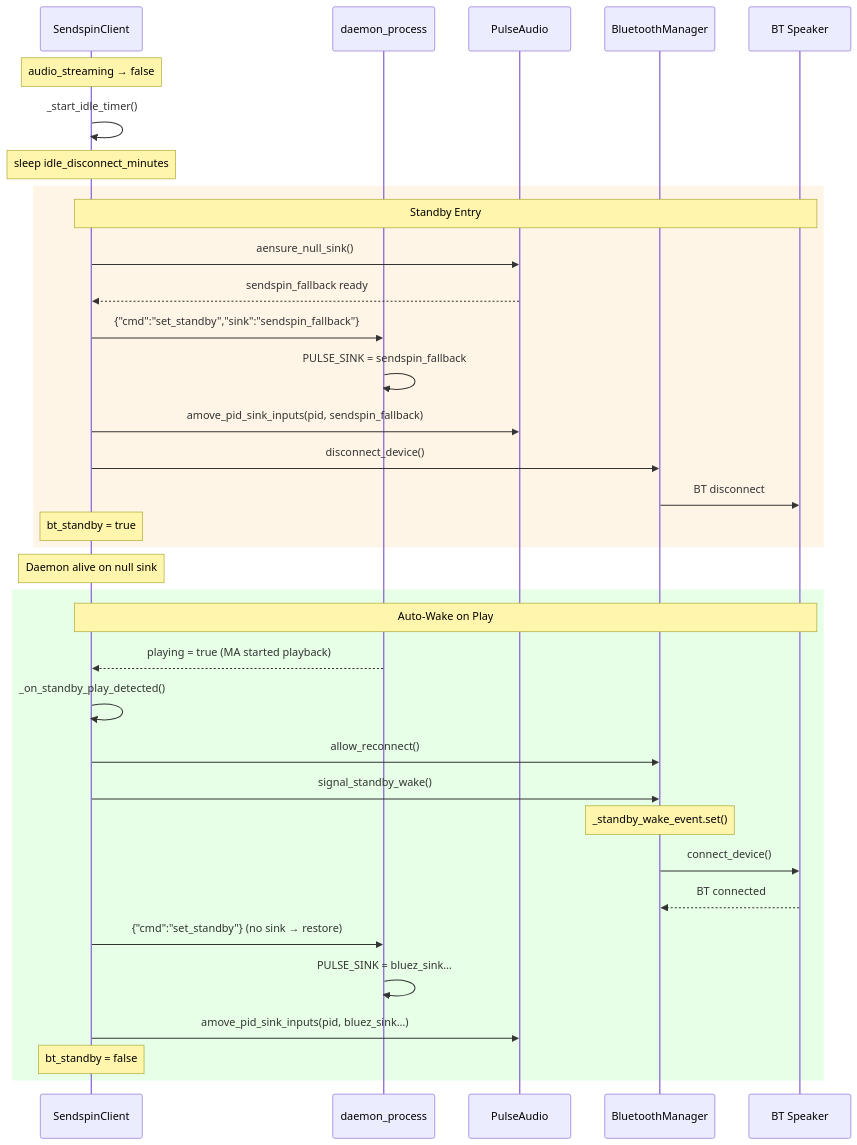
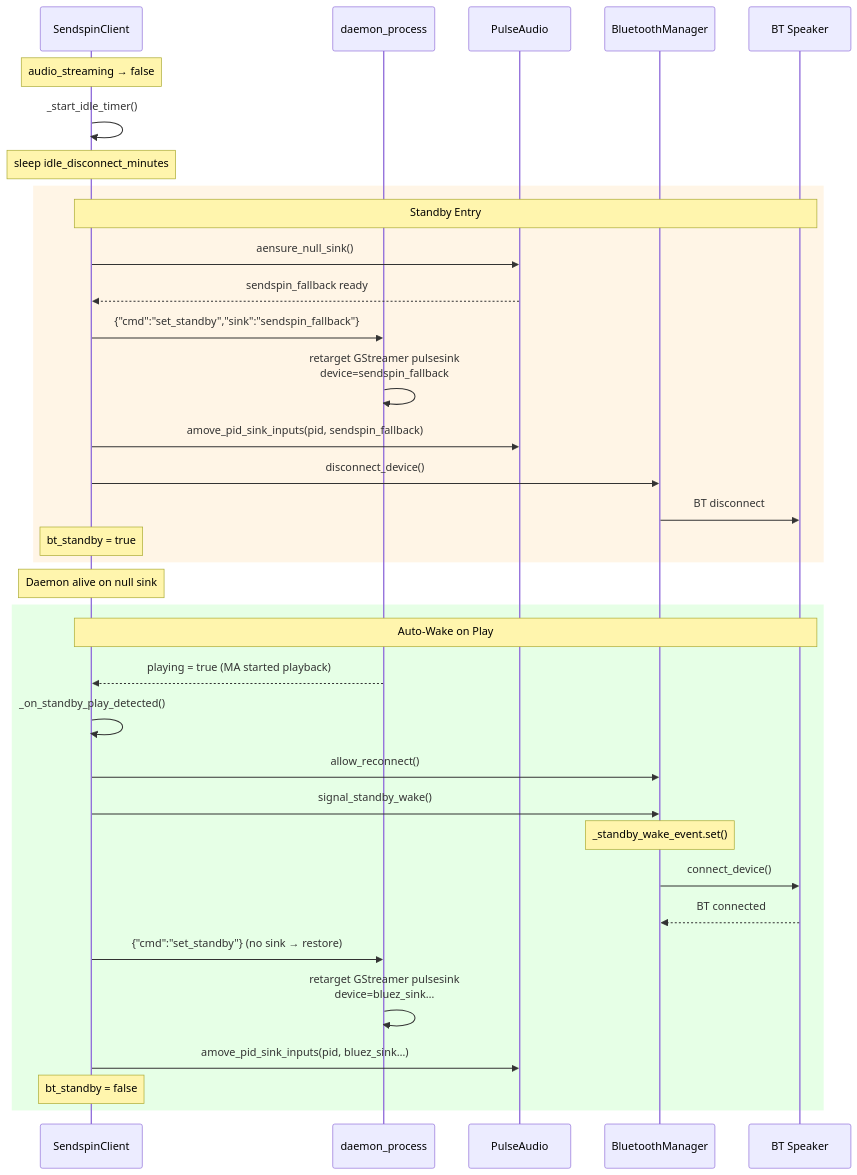
One commit to trudenboy/sendspin-bt-bridge changed diagram 22 of 28 in docs-site/src/content/docs/architecture.md. Above: the diagram before and after it, drawn with Mermaid. The commit also changed other lines of this file and 78 other files, not shown here.

````diff
--- a/docs-site/src/content/docs/architecture.md
+++ b/docs-site/src/content/docs/architecture.md
@@ -999,41 +1000,41 @@
 ```mermaid
 sequenceDiagram
     participant SC as SendspinClient
     participant DP as daemon_process
     participant PA as PulseAudio
     participant BM as BluetoothManager
     participant SPK as BT Speaker
 
     Note over SC: audio_streaming → false
     SC->>SC: _start_idle_timer()
     Note over SC: sleep idle_disconnect_minutes
 
     rect rgb(255, 245, 230)
         Note over SC,SPK: Standby Entry
         SC->>PA: aensure_null_sink()
         PA-->>SC: sendspin_fallback ready
         SC->>DP: {"cmd":"set_standby","sink":"sendspin_fallback"}
-        DP->>DP: PULSE_SINK = sendspin_fallback
+        DP->>DP: retarget GStreamer pulsesink<br/>device=sendspin_fallback
         SC->>PA: amove_pid_sink_inputs(pid, sendspin_fallback)
         SC->>BM: disconnect_device()
         BM->>SPK: BT disconnect
         Note over SC: bt_standby = true
     end
 
     Note over SC: Daemon alive on null sink
 
     rect rgb(230, 255, 230)
         Note over SC,SPK: Auto-Wake on Play
         DP-->>SC: playing = true (MA started playback)
         SC->>SC: _on_standby_play_detected()
         SC->>BM: allow_reconnect()
         SC->>BM: signal_standby_wake()
         Note over BM: _standby_wake_event.set()
         BM->>SPK: connect_device()
         SPK-->>BM: BT connected
         SC->>DP: {"cmd":"set_standby"} (no sink → restore)
-        DP->>DP: PULSE_SINK = bluez_sink…
+        DP->>DP: retarget GStreamer pulsesink<br/>device=bluez_sink…
         SC->>PA: amove_pid_sink_inputs(pid, bluez_sink…)
         Note over SC: bt_standby = false
     end
 ```
````
